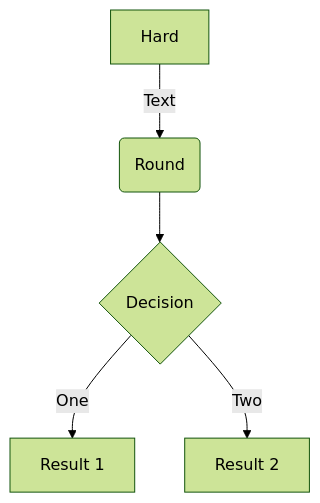
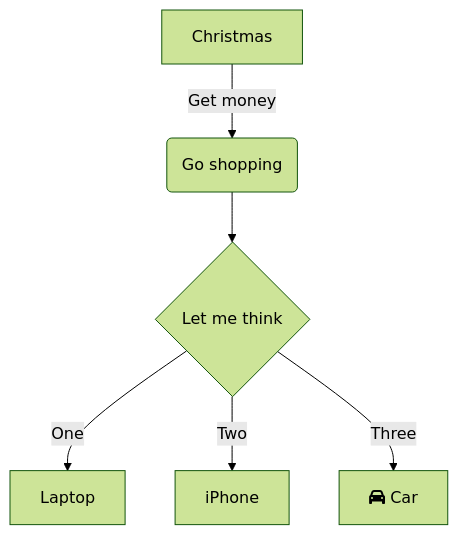
One commit to gcclinux/EasyEdit changed the diagram in README.md. Above: the diagram before and after it, drawn with Mermaid (forest theme). The commit also changed other lines of this file and 5 other files, not shown here.

````diff
--- a/README.md
+++ b/README.md
@@ -63,7 +82,8 @@
 ```mermaid
-graph TD;
-A[Hard] -->|Text| B(Round)
-B --> C{Decision}
-C -->|One| D[Result 1]
-C -->|Two| E[Result 2]
+flowchart TD
+    A[Christmas] -->|Get money| B(Go shopping)
+    B --> C{Let me think}
+    C -->|One| D[Laptop]
+    C -->|Two| E[iPhone]
+    C -->|Three| F[fa:fa-car Car]
 ```
````
